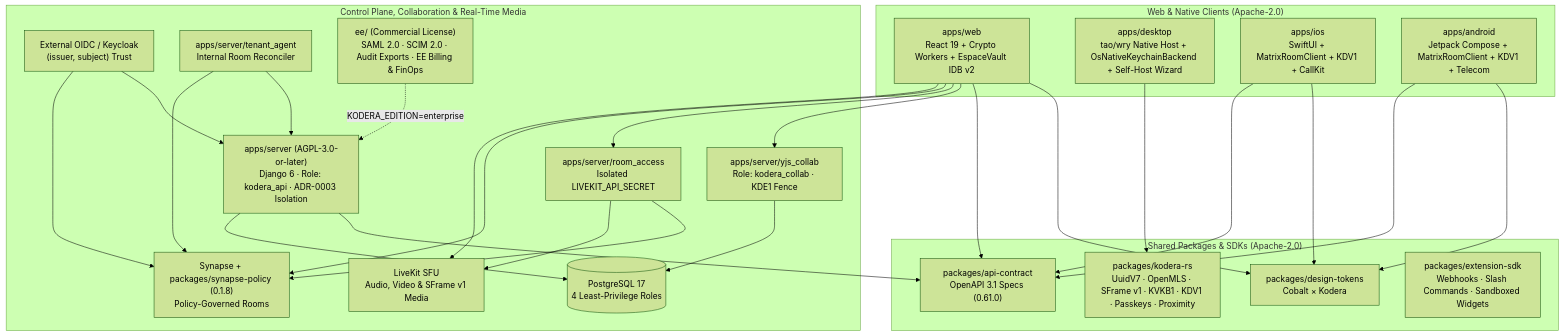
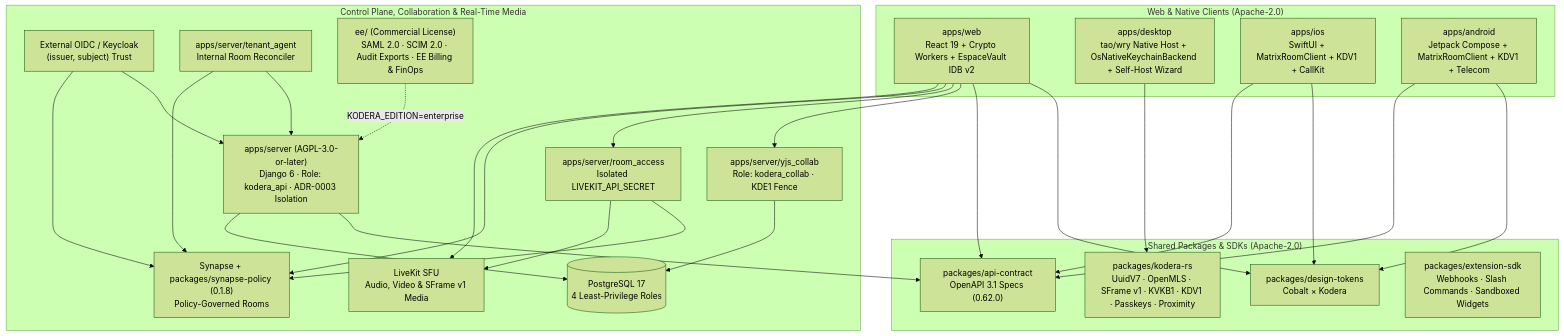
Before and after one commit to kodera-hq/kodera: the diagram in README.md, drawn with Mermaid (forest theme). The commit also changed other lines of this file and 89 other files, not shown here.

````diff
--- a/README.md
+++ b/README.md
@@ -89,39 +89,39 @@
 ```mermaid
 flowchart TB
   subgraph Clients["Web & Native Clients (Apache-2.0)"]
     WEB["apps/web<br/>React 19 + Crypto Workers + EspaceVault IDB v2"]
     DESK["apps/desktop<br/>tao/wry Native Host + OsNativeKeychainBackend + Self-Host Wizard"]
     IOS["apps/ios<br/>SwiftUI + MatrixRoomClient + KDV1 + CallKit"]
     AND["apps/android<br/>Jetpack Compose + MatrixRoomClient + KDV1 + Telecom"]
   end
 
   subgraph Shared["Shared Packages & SDKs (Apache-2.0)"]
     RS["packages/kodera-rs<br/>UuidV7 · OpenMLS · SFrame v1 · KVKB1 · KDV1 · Passkeys · Proximity"]
     TOK["packages/design-tokens<br/>Cobalt × Kodera"]
-    API["packages/api-contract<br/>OpenAPI 3.1 Specs (0.61.0)"]
+    API["packages/api-contract<br/>OpenAPI 3.1 Specs (0.62.0)"]
     SDK["packages/extension-sdk<br/>Webhooks · Slash Commands · Sandboxed Widgets"]
   end
 
   subgraph Backend["Control Plane, Collaboration & Real-Time Media"]
     OIDC["External OIDC / Keycloak<br/>(issuer, subject) Trust"]
     SRV["apps/server (AGPL-3.0-or-later)<br/>Django 6 · Role: kodera_api · ADR-0003 Isolation"]
     YJS["apps/server/yjs_collab<br/>Role: kodera_collab · KDE1 Fence"]
     RA["apps/server/room_access<br/>Isolated LIVEKIT_API_SECRET"]
     TA["apps/server/tenant_agent<br/>Internal Room Reconciler"]
     PG[("PostgreSQL 17<br/>4 Least-Privilege Roles")]
     SYN["Synapse + packages/synapse-policy (0.1.8)<br/>Policy-Governed Rooms"]
     LK["LiveKit SFU<br/>Audio, Video & SFrame v1 Media"]
     EE["ee/ (Commercial License)<br/>SAML 2.0 · SCIM 2.0 · Audit Exports · EE Billing & FinOps"]
   end
 
   OIDC --> SRV & SYN
   WEB --> TOK & API & YJS & RA
   WEB --> SYN & LK
   DESK --> RS
   IOS & AND --> TOK & API
   SRV --> API & PG
   YJS --> PG
   TA --> SRV & SYN
   RA --> SYN & LK
   EE -. "KODERA_EDITION=enterprise" .-> SRV
 ```
````
